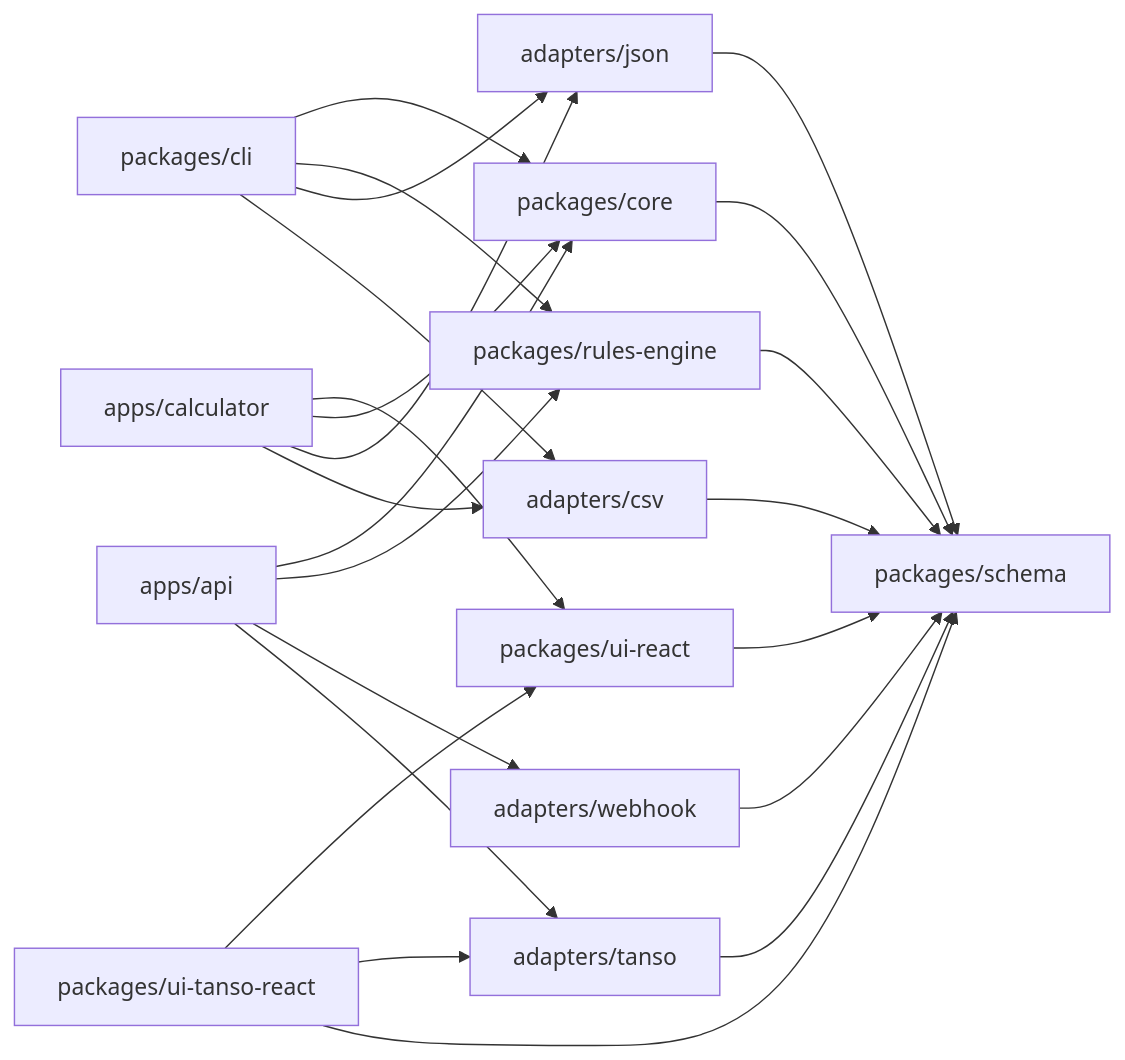
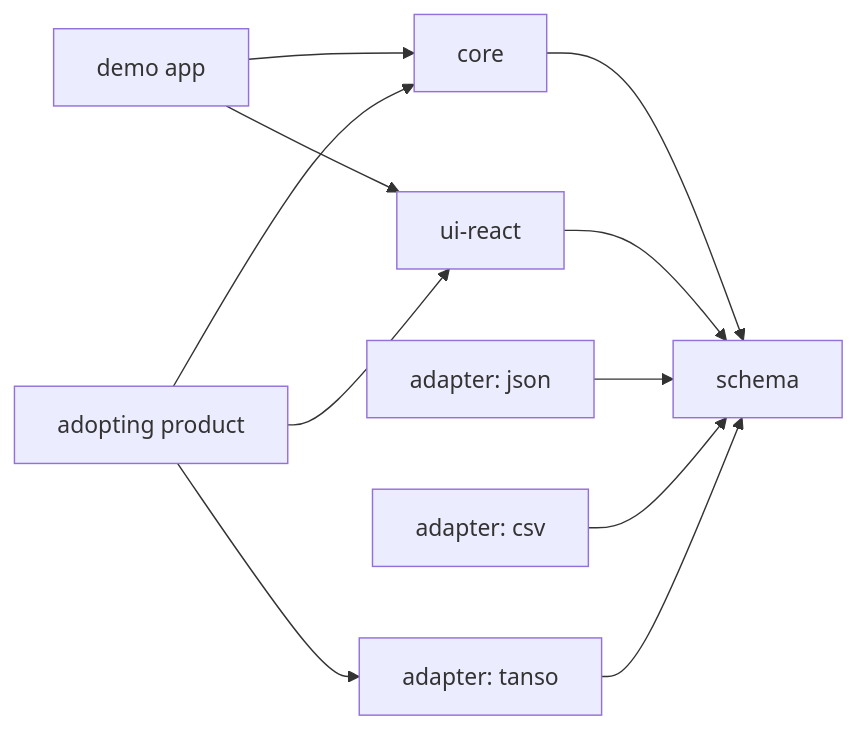
Before and after one commit to tansohq/credit-estimator: the first of 4 diagrams in docs/architecture.md, drawn with Mermaid. The commit also changed other lines of this file and 95 other files, not shown here.

````diff
--- a/docs/architecture.md
+++ b/docs/architecture.md
@@ -77,38 +94,22 @@
 ```mermaid
 flowchart LR
-  Schema["packages/schema"]
-  Core["packages/core"]
-  Rules["packages/rules-engine"]
-  CLI["packages/cli"]
-  UI["packages/ui-react"]
-  TansoUI["packages/ui-tanso-react"]
-  API["apps/api"]
-  Calculator["apps/calculator"]
-  JSON["adapters/json"]
-  CSV["adapters/csv"]
-  Webhook["adapters/webhook"]
-  Tanso["adapters/tanso"]
+  Schema["schema"]
+  Core["core"]
+  UI["ui-react"]
+  JSON["adapter: json"]
+  CSV["adapter: csv"]
+  Tanso["adapter: tanso"]
+  Demo["demo app"]
+  Host["adopting product"]
 
   Core --> Schema
-  Rules --> Schema
-  CLI --> Core
-  CLI --> Rules
-  CLI --> JSON
-  CLI --> CSV
   UI --> Schema
-  API --> Core
-  API --> Rules
-  API --> Webhook
-  API --> Tanso
   JSON --> Schema
   CSV --> Schema
-  Webhook --> Schema
   Tanso --> Schema
-  TansoUI --> UI
-  TansoUI --> Tanso
-  TansoUI --> Schema
-  Calculator --> UI
-  Calculator --> Core
-  Calculator --> JSON
-  Calculator --> CSV
+  Demo --> Core
+  Demo --> UI
+  Host --> Core
+  Host --> UI
+  Host --> Tanso
 ```
````
